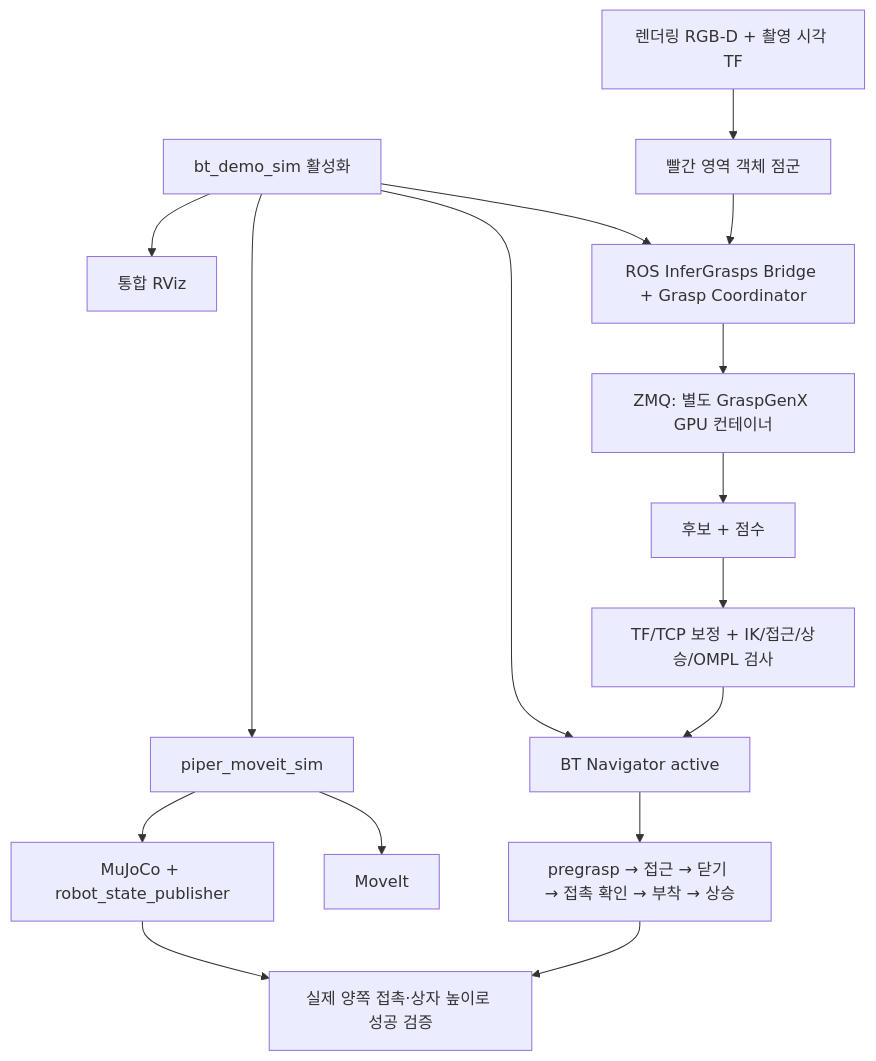
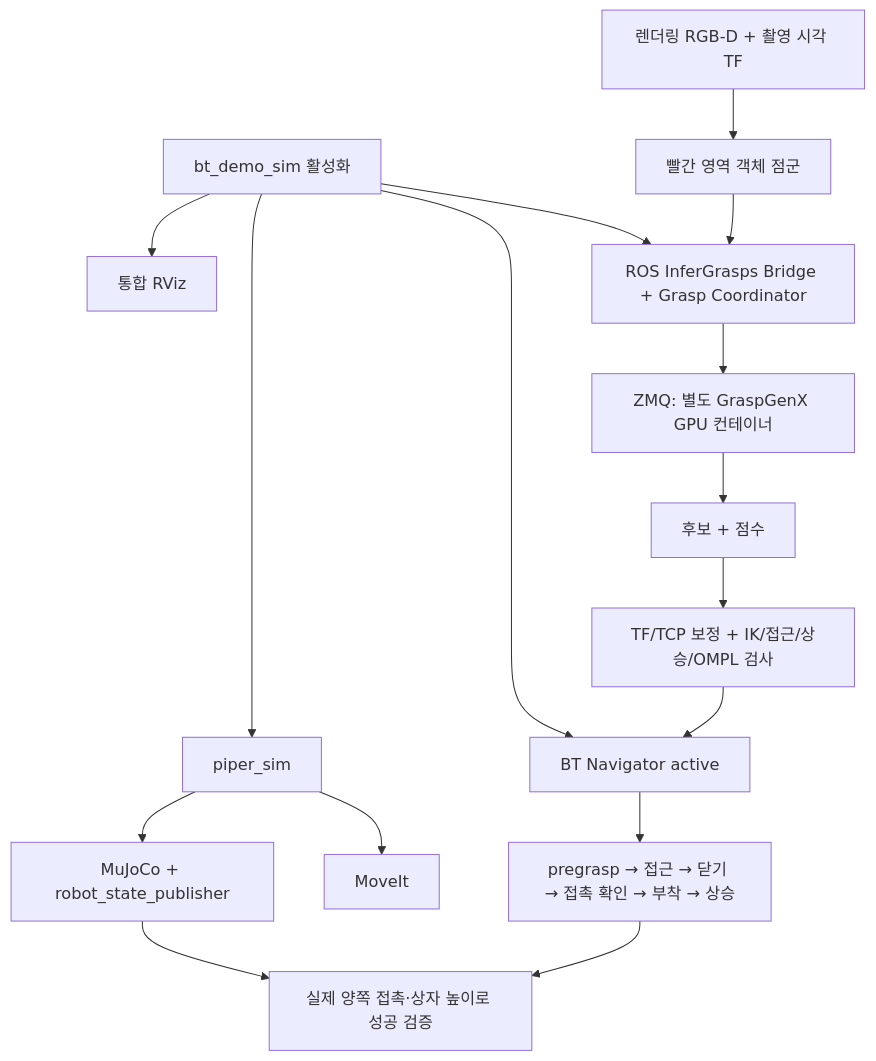
Before and after one commit to ggh-png/rwh_beyond: the first of 2 diagrams in docs/depth-bt-flow.md, drawn with Mermaid. The commit also changed 22 other files, not shown here.

````diff
--- a/docs/depth-bt-flow.md
+++ b/docs/depth-bt-flow.md
@@ -9,18 +9,18 @@
 ```mermaid
 flowchart TD
-  U[bt_demo_sim 활성화] --> P[piper_moveit_sim]
+  U[bt_demo_sim 활성화] --> P[piper_sim]
   P --> S[MuJoCo + robot_state_publisher]
   P --> M[MoveIt]
   U --> RV[통합 RViz]
   U --> B[ROS InferGrasps Bridge + Grasp Coordinator]
   U --> N[BT Navigator active]
   D[렌더링 RGB-D + 촬영 시각 TF] --> R[빨간 영역 객체 점군]
   R --> B
   B --> Z[ZMQ: 별도 GraspGenX GPU 컨테이너]
   Z --> C[후보 + 점수]
   C --> K[TF/TCP 보정 + IK/접근/상승/OMPL 검사]
   K --> N
   N --> A[pregrasp → 접근 → 닫기 → 접촉 확인 → 부착 → 상승]
   S --> V[실제 양쪽 접촉·상자 높이로 성공 검증]
   A --> V
 ```
````
